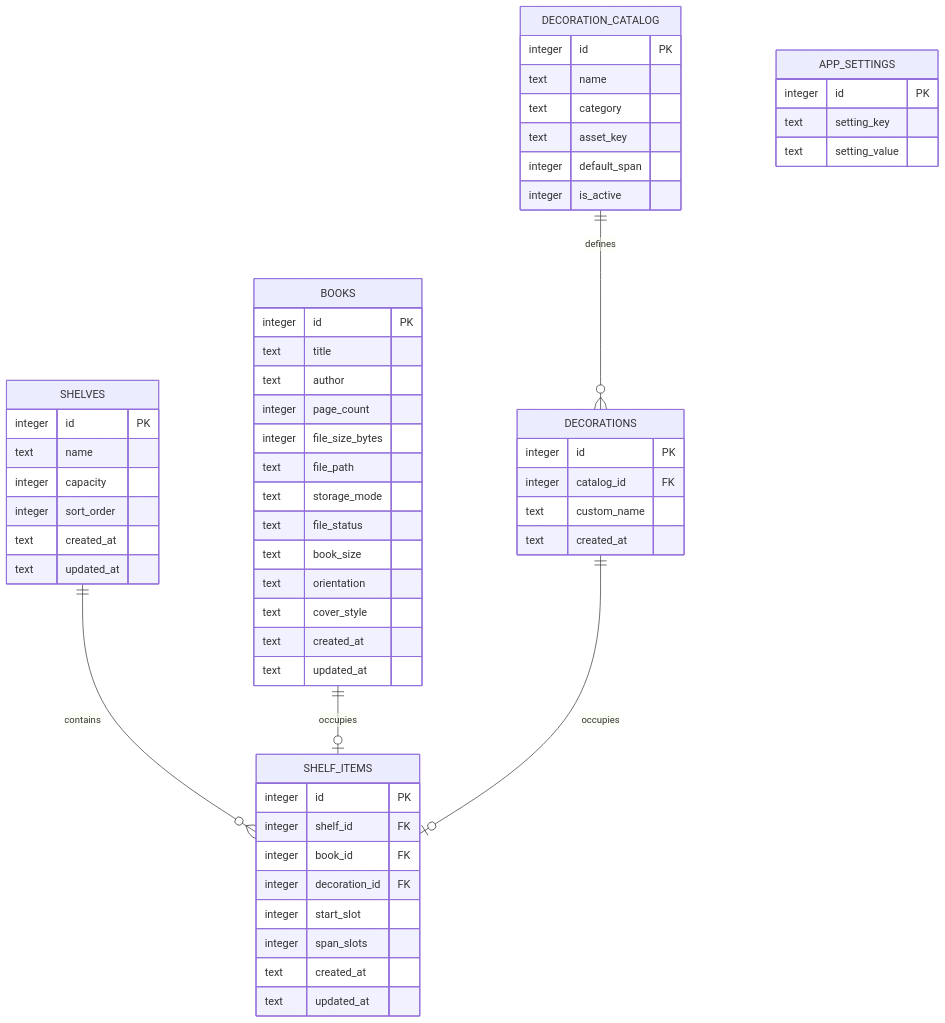
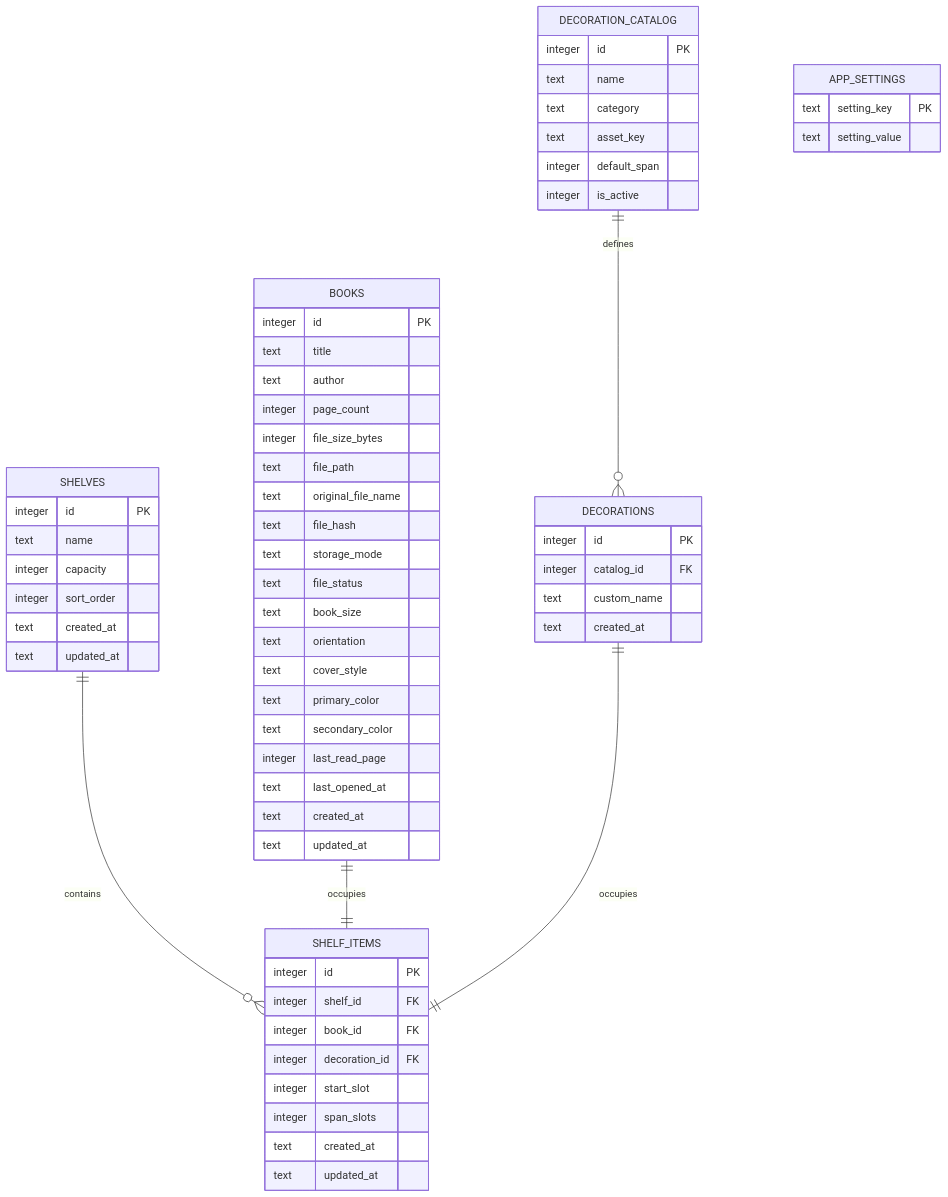
The diagram in docs/DataSchema.md (MizanurRahmann/Foliora), drawn with Mermaid before and after one commit. The commit also changed other lines of this file and 18 other files, not shown here.

````diff
--- a/docs/DataSchema.md
+++ b/docs/DataSchema.md
@@ -21,65 +26,70 @@
-``` mermaid
+```mermaid
 erDiagram
     SHELVES ||--o{ SHELF_ITEMS : contains
-    BOOKS ||--o| SHELF_ITEMS : occupies
-    DECORATIONS ||--o| SHELF_ITEMS : occupies
+    BOOKS ||--|| SHELF_ITEMS : occupies
+    DECORATIONS ||--|| SHELF_ITEMS : occupies
     DECORATION_CATALOG ||--o{ DECORATIONS : defines
 
     SHELVES {
         integer id PK
         text name
         integer capacity
         integer sort_order
         text created_at
         text updated_at
     }
 
     BOOKS {
         integer id PK
         text title
         text author
         integer page_count
         integer file_size_bytes
         text file_path
+        text original_file_name
+        text file_hash
         text storage_mode
         text file_status
         text book_size
         text orientation
         text cover_style
+        text primary_color
+        text secondary_color
+        integer last_read_page
+        text last_opened_at
         text created_at
         text updated_at
     }
 
     DECORATION_CATALOG {
         integer id PK
         text name
         text category
         text asset_key
         integer default_span
         integer is_active
     }
 
     DECORATIONS {
         integer id PK
         integer catalog_id FK
         text custom_name
         text created_at
     }
 
     SHELF_ITEMS {
         integer id PK
         integer shelf_id FK
         integer book_id FK
         integer decoration_id FK
         integer start_slot
         integer span_slots
         text created_at
         text updated_at
     }
 
     APP_SETTINGS {
-        integer id PK
-        text setting_key
+        text setting_key PK
         text setting_value
     }
 ```
````
